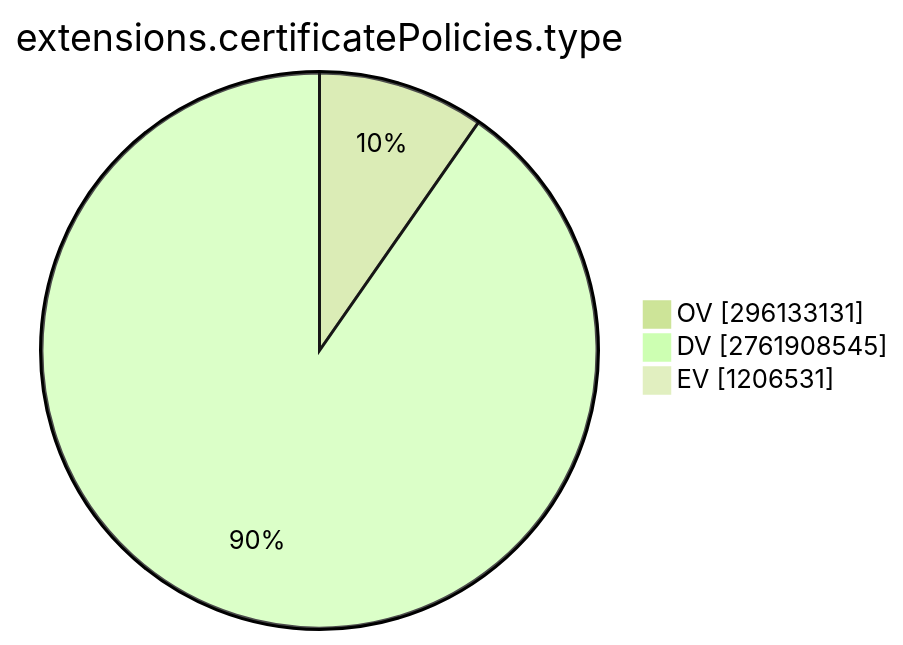
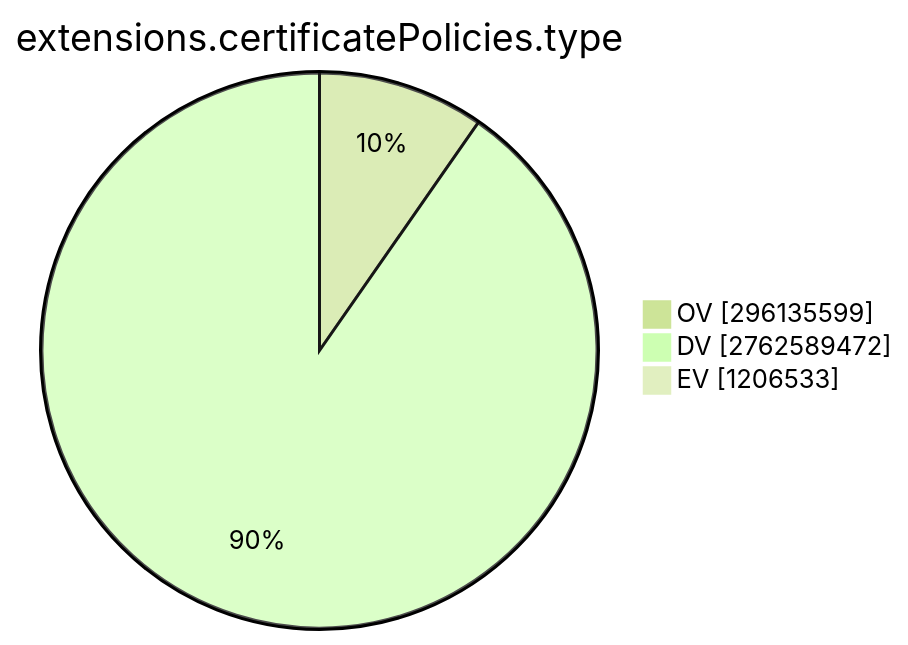
The ninth of 15 diagrams in TOTAL/README.md (christiankrug/ctmonitor_visualization), drawn with Mermaid (forest theme) before and after one commit. The commit also changed other lines of this file, not shown here.

````diff
--- a/TOTAL/README.md
+++ b/TOTAL/README.md
@@ -3099,7 +3099,7 @@
 ```mermaid
 pie showData
 title extensions.certificatePolicies.type
-"OV" :296133131
-"DV" :2761908545
-"EV" :1206531
+"OV" :296135599
+"DV" :2762589472
+"EV" :1206533
 ```
````
